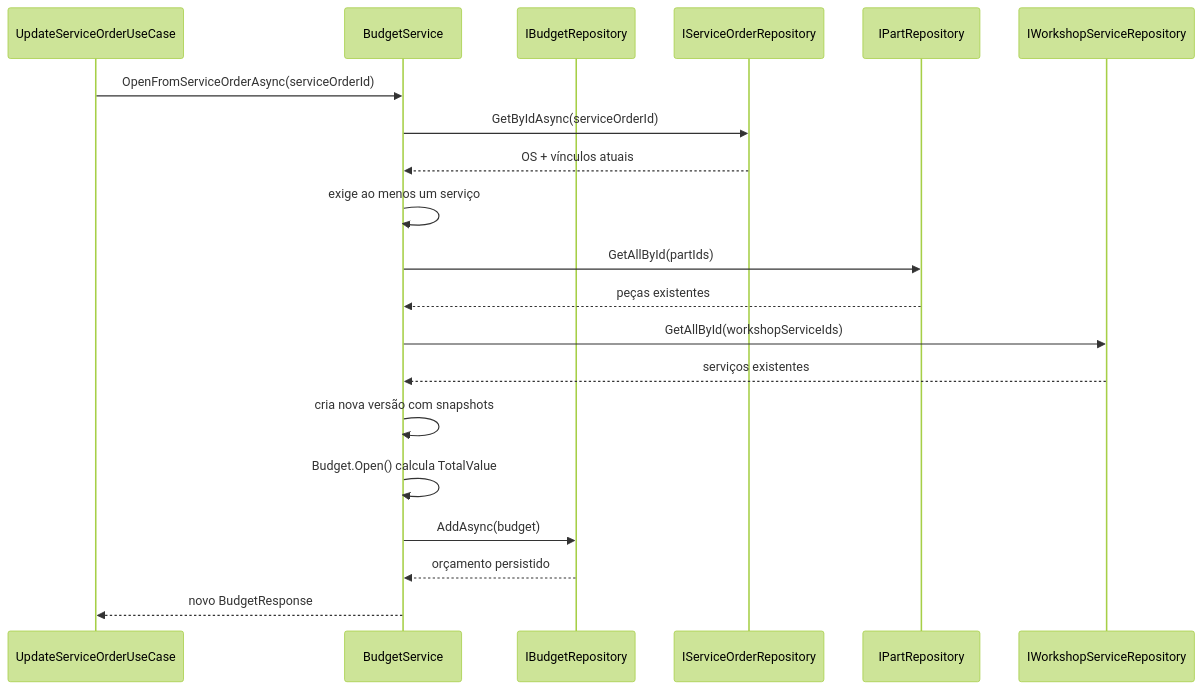
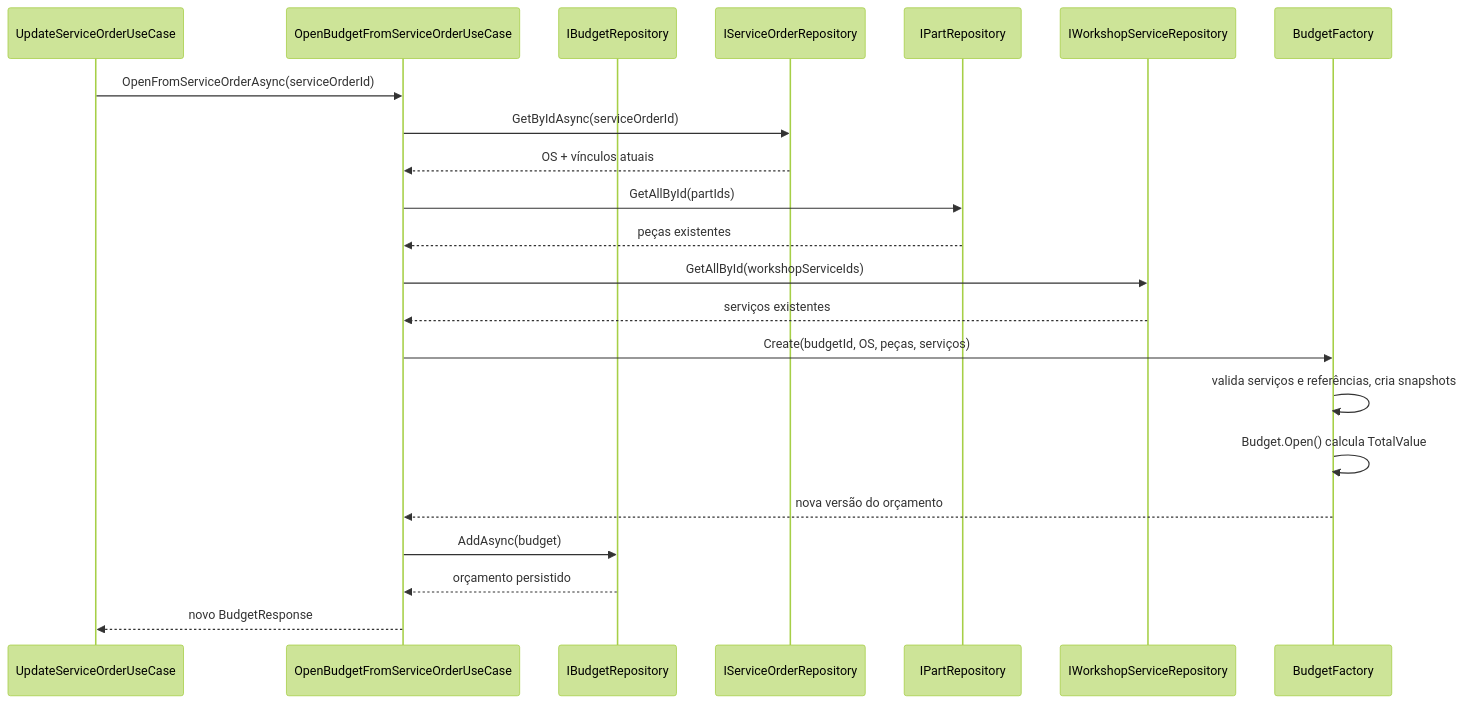
Before and after one commit to thierryiago/SOAT-Fase-1-Lil-Golden-Hammer: the second of 3 diagrams in docs/fluxo-ordem-servico.md, drawn with Mermaid (forest theme). The commit also changed other lines of this file and 26 other files, not shown here.

Commit message:
Extração da BudgetService para Use Cases e deleção da BudgetService e IBudgetService que estavam sem utilidade - arch-issue-22 #86

````diff
--- a/docs/fluxo-ordem-servico.md
+++ b/docs/fluxo-ordem-servico.md
@@ -482,23 +482,25 @@
 ```mermaid
 sequenceDiagram
     participant SOS as UpdateServiceOrderUseCase
-    participant BS as BudgetService
+    participant BS as OpenBudgetFromServiceOrderUseCase
     participant BR as IBudgetRepository
     participant OSR as IServiceOrderRepository
     participant PR as IPartRepository
     participant WSR as IWorkshopServiceRepository
+    participant BF as BudgetFactory
 
     SOS->>BS: OpenFromServiceOrderAsync(serviceOrderId)
     BS->>OSR: GetByIdAsync(serviceOrderId)
     OSR-->>BS: OS + vínculos atuais
-    BS->>BS: exige ao menos um serviço
     BS->>PR: GetAllById(partIds)
     PR-->>BS: peças existentes
     BS->>WSR: GetAllById(workshopServiceIds)
     WSR-->>BS: serviços existentes
-    BS->>BS: cria nova versão com snapshots
-    BS->>BS: Budget.Open() calcula TotalValue
+    BS->>BF: Create(budgetId, OS, peças, serviços)
+    BF->>BF: valida serviços e referências, cria snapshots
+    BF->>BF: Budget.Open() calcula TotalValue
+    BF-->>BS: nova versão do orçamento
     BS->>BR: AddAsync(budget)
     BR-->>BS: orçamento persistido
     BS-->>SOS: novo BudgetResponse
 ```
````
